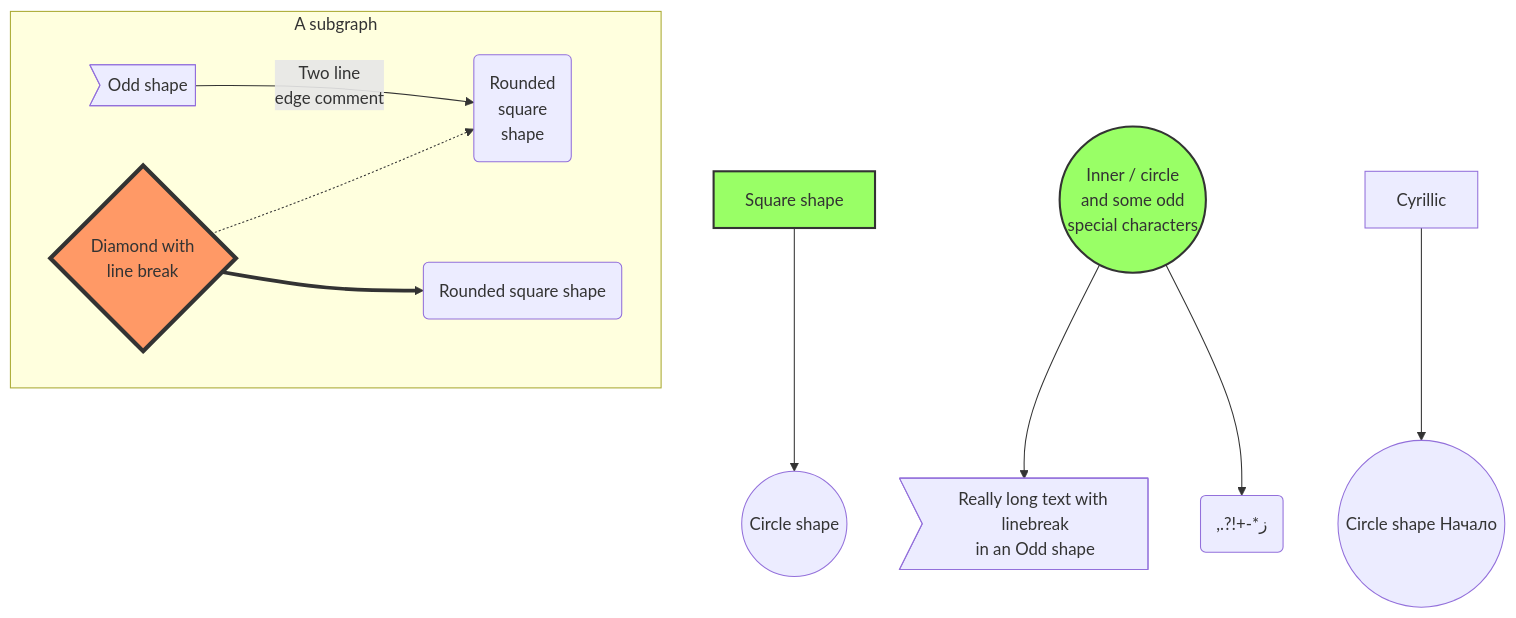
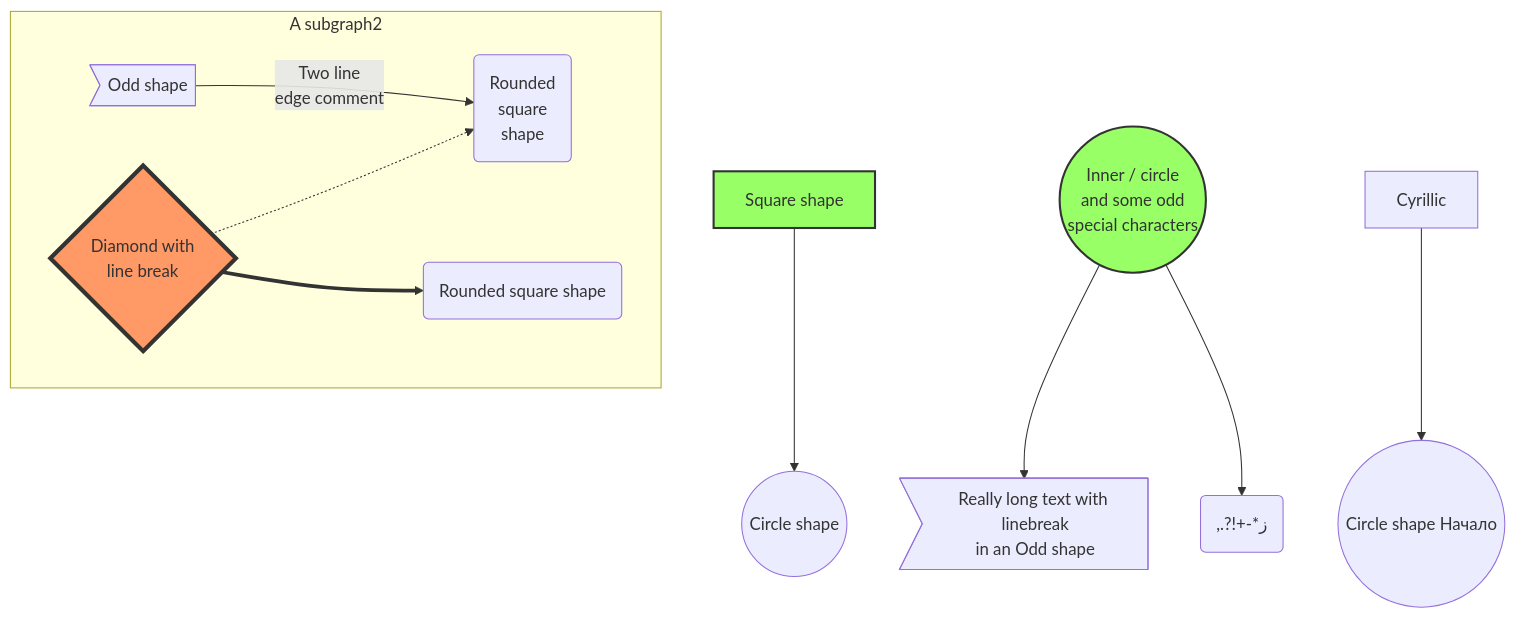
Before and after one commit to ravi-dhyani8881/Anypoint-community-manager: the diagram in _posts/2022-01-26-ravi-dhyani.md, drawn with Mermaid. The commit also changed other lines of this file, not shown here.

```diff
--- a/_posts/2022-01-26-ravi-dhyani.md
+++ b/_posts/2022-01-26-ravi-dhyani.md
@@ -34,24 +34,24 @@
 <div class="mermaid">
 %% Code for flowchart below
 graph TB
     sq[Square shape] --> ci((Circle shape))
 
-    subgraph A subgraph
+    subgraph A subgraph2
         od>Odd shape]-- Two line<br>edge comment --> ro
         di{Diamond with <br/> line break} -.-> ro(Rounded<br>square<br>shape)
         di==>ro2(Rounded square shape)
     end
 
     %% Notice that no text in shape are added here instead that is appended further down
     e --> od3>Really long text with linebreak<br>in an Odd shape]
 
     %% Comments after double percent signs
     e((Inner / circle<br>and some odd <br>special characters)) --> f(,.?!+-*ز)
 
     cyr[Cyrillic]-->cyr2((Circle shape Начало));
 
      classDef green fill:#9f6,stroke:#333,stroke-width:2px;
      classDef orange fill:#f96,stroke:#333,stroke-width:4px;
      class sq,e green
      class di orange
 </div>
```
